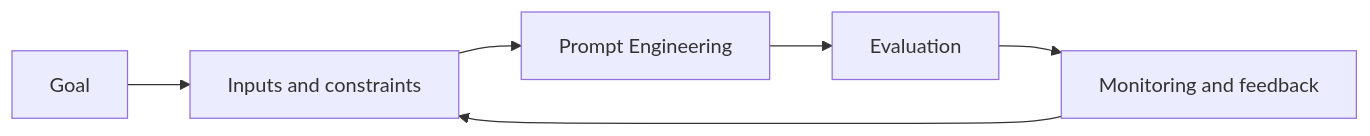
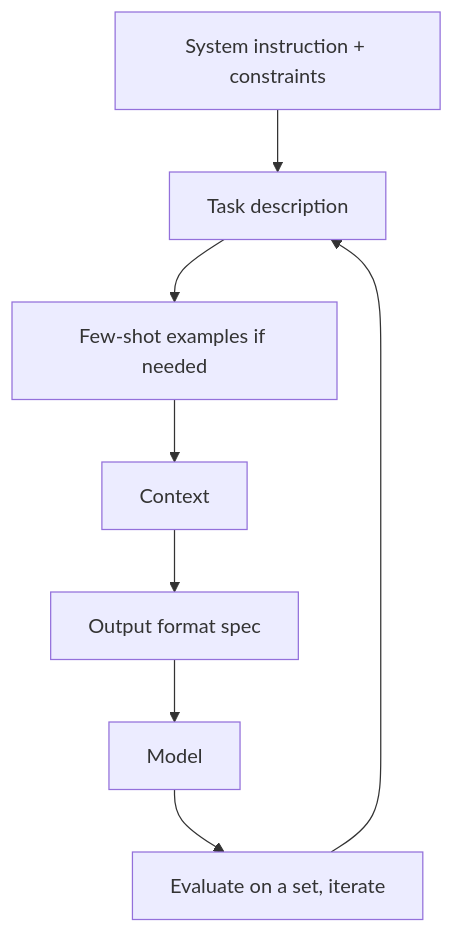
One commit to Icon1cc/Machine-Learning changed the diagram in llms/08-prompt-engineering.md. Above: the diagram before and after it, drawn with Mermaid. The commit also changed other lines of this file and 118 other files, not shown here.

````diff
--- a/llms/08-prompt-engineering.md
+++ b/llms/08-prompt-engineering.md
@@ -93,8 +70,10 @@
 ```mermaid
-flowchart LR
-    A[Goal] --> B[Inputs and constraints]
-    B --> C[Prompt Engineering]
-    C --> D[Evaluation]
-    D --> E[Monitoring and feedback]
-    E --> B
+flowchart TD
+    A[System instruction + constraints] --> B[Task description]
+    B --> C[Few-shot examples if needed]
+    C --> D[Context]
+    D --> E[Output format spec]
+    E --> F[Model]
+    F --> G[Evaluate on a set, iterate]
+    G --> B
 ```
````
